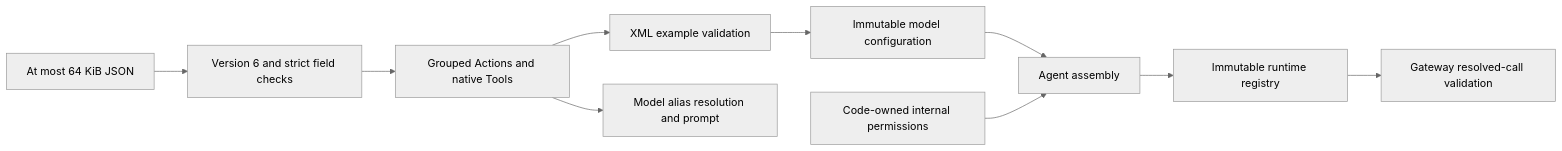
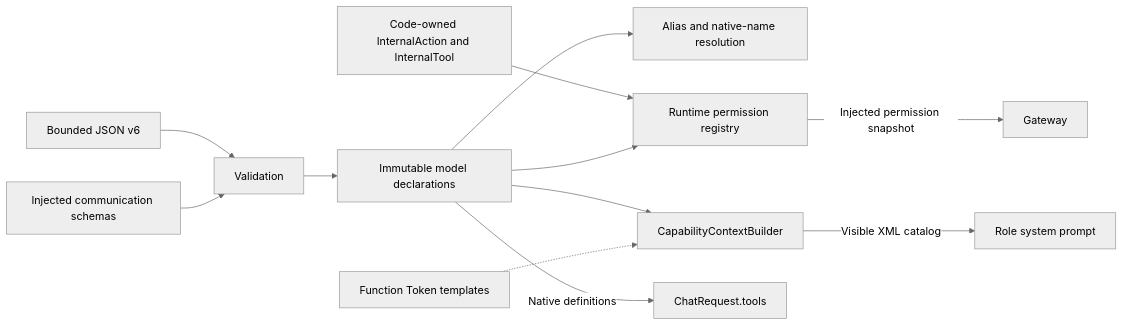
One commit to devilyouwei/MobileHarness changed the diagram in MobileHarness/Agents/Support/Core/Capability/README.md. Above: the diagram before and after it, drawn with Mermaid (neutral theme). The commit also changed other lines of this file and 116 other files, not shown here.

````diff
--- a/MobileHarness/Agents/Support/Core/Capability/README.md
+++ b/MobileHarness/Agents/Support/Core/Capability/README.md
@@ -15,12 +15,14 @@
 ```mermaid
 flowchart LR
-    Data[At most 64 KiB JSON] --> Schema[Version 6 and strict field checks]
-    Schema --> Catalog[Grouped Actions and native Tools]
-    Catalog --> Examples[XML example validation]
-    Examples --> Config[Immutable model configuration]
-    Config --> Agent[Agent assembly]
-    Internal[Code-owned internal permissions] --> Agent
-    Agent --> Registry[Immutable runtime registry]
-    Catalog --> Resolve[Model alias resolution and prompt]
-    Registry --> Permits[Gateway resolved-call validation]
+ JSON[Bounded JSON v6] --> Validation
+ Catalog[Injected communication schemas] --> Validation
+ Validation --> Config[Immutable model declarations]
+ Config --> Resolver[Alias and native-name resolution]
+ Internal[Code-owned InternalAction and InternalTool] --> Permissions[Runtime permission registry]
+ Config --> Permissions
+ Config --> Builder[CapabilityContextBuilder]
+ Templates[Function Token templates] -.-> Builder
+ Builder -->|Visible XML catalog| Role[Role system prompt]
+ Config -->|Native definitions| Request[ChatRequest.tools]
+ Permissions -->|Injected permission snapshot| Gateway
 ```
````
